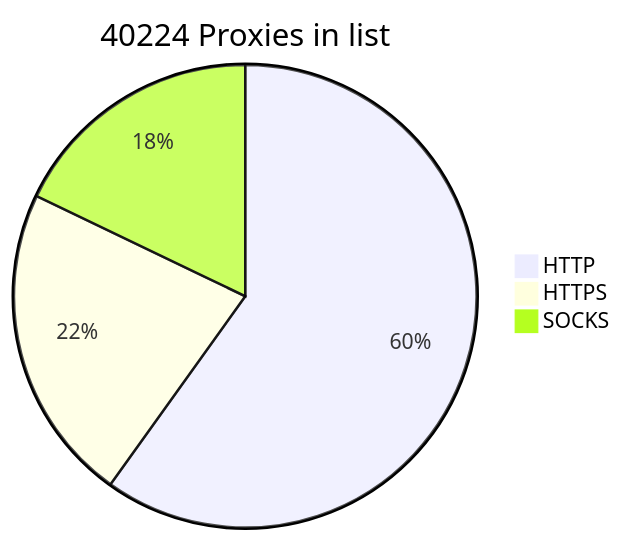
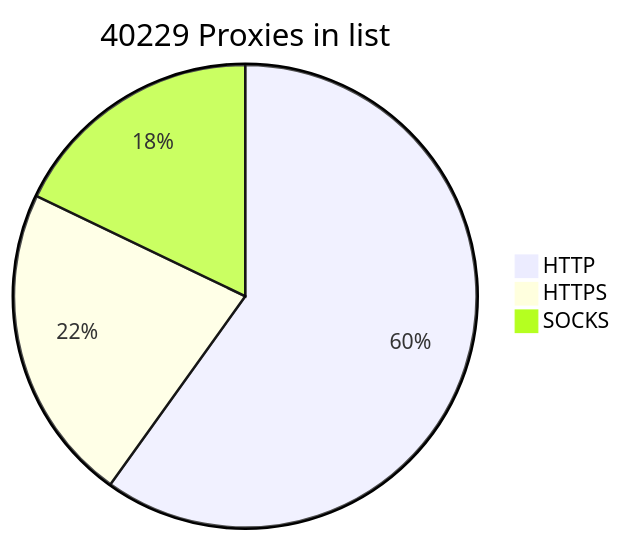
Before and after one commit to BlackSnowDot/proxylist-update-every-minute: the diagram in README.md, drawn with Mermaid. The commit also changed other lines of this file, not shown here.

````diff
--- a/README.md
+++ b/README.md
@@ -2,6 +2,6 @@
 ```mermaid
-pie title 40224 Proxies in list
-    "HTTP" : 28279
+pie title 40229 Proxies in list
+    "HTTP" : 28284
     "HTTPS": 10494
     "SOCKS" : 8441
 ```
````
